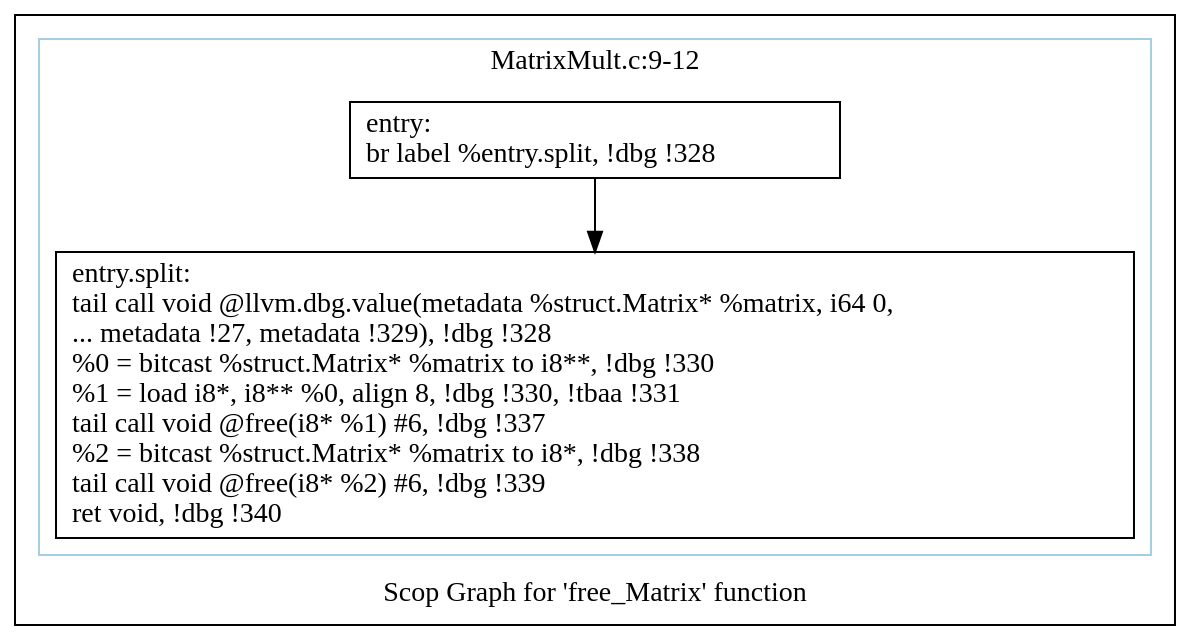
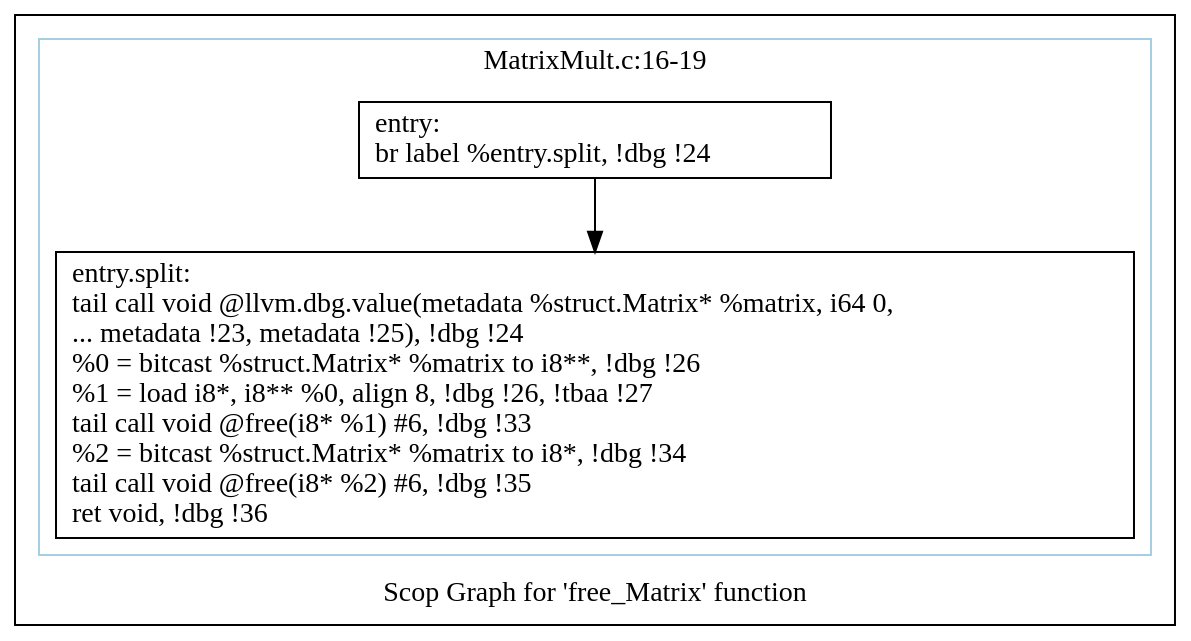
Before and after one commit to samminweng/WhileyOpenCL: the diagram in polly/MatrixMult/impl/autogenerate1/dot/scops.free_Matrix.dot, drawn with Graphviz. The commit also changed 43 other files, not shown here.

```diff
--- a/polly/MatrixMult/impl/autogenerate1/dot/scops.free_Matrix.dot
+++ b/polly/MatrixMult/impl/autogenerate1/dot/scops.free_Matrix.dot
@@ -1,16 +1,16 @@
 digraph "Scop Graph for 'free_Matrix' function" {
 	label="Scop Graph for 'free_Matrix' function";
 
-	Node0xa134b20 [shape=record,label="{entry:\l  br label %entry.split, !dbg !328\l}"];
-	Node0xa134b20 -> Node0xa0ffa00;
-	Node0xa0ffa00 [shape=record,label="{entry.split:                                      \l  tail call void @llvm.dbg.value(metadata %struct.Matrix* %matrix, i64 0,\l... metadata !27, metadata !329), !dbg !328\l  %0 = bitcast %struct.Matrix* %matrix to i8**, !dbg !330\l  %1 = load i8*, i8** %0, align 8, !dbg !330, !tbaa !331\l  tail call void @free(i8* %1) #6, !dbg !337\l  %2 = bitcast %struct.Matrix* %matrix to i8*, !dbg !338\l  tail call void @free(i8* %2) #6, !dbg !339\l  ret void, !dbg !340\l}"];
+	Node0xb0234d0 [shape=record,label="{entry:\l  br label %entry.split, !dbg !24\l}"];
+	Node0xb0234d0 -> Node0xb035c10;
+	Node0xb035c10 [shape=record,label="{entry.split:                                      \l  tail call void @llvm.dbg.value(metadata %struct.Matrix* %matrix, i64 0,\l... metadata !23, metadata !25), !dbg !24\l  %0 = bitcast %struct.Matrix* %matrix to i8**, !dbg !26\l  %1 = load i8*, i8** %0, align 8, !dbg !26, !tbaa !27\l  tail call void @free(i8* %1) #6, !dbg !33\l  %2 = bitcast %struct.Matrix* %matrix to i8*, !dbg !34\l  tail call void @free(i8* %2) #6, !dbg !35\l  ret void, !dbg !36\l}"];
 	colorscheme = "paired12"
-        subgraph cluster_0xa1b64b0 {
-          label = "MatrixMult.c:9-12
+        subgraph cluster_0xb0a7b80 {
+          label = "MatrixMult.c:16-19
 ";
           style = solid;
           color = 1
-          Node0xa134b20;
-          Node0xa0ffa00;
+          Node0xb0234d0;
+          Node0xb035c10;
         }
 }
```
